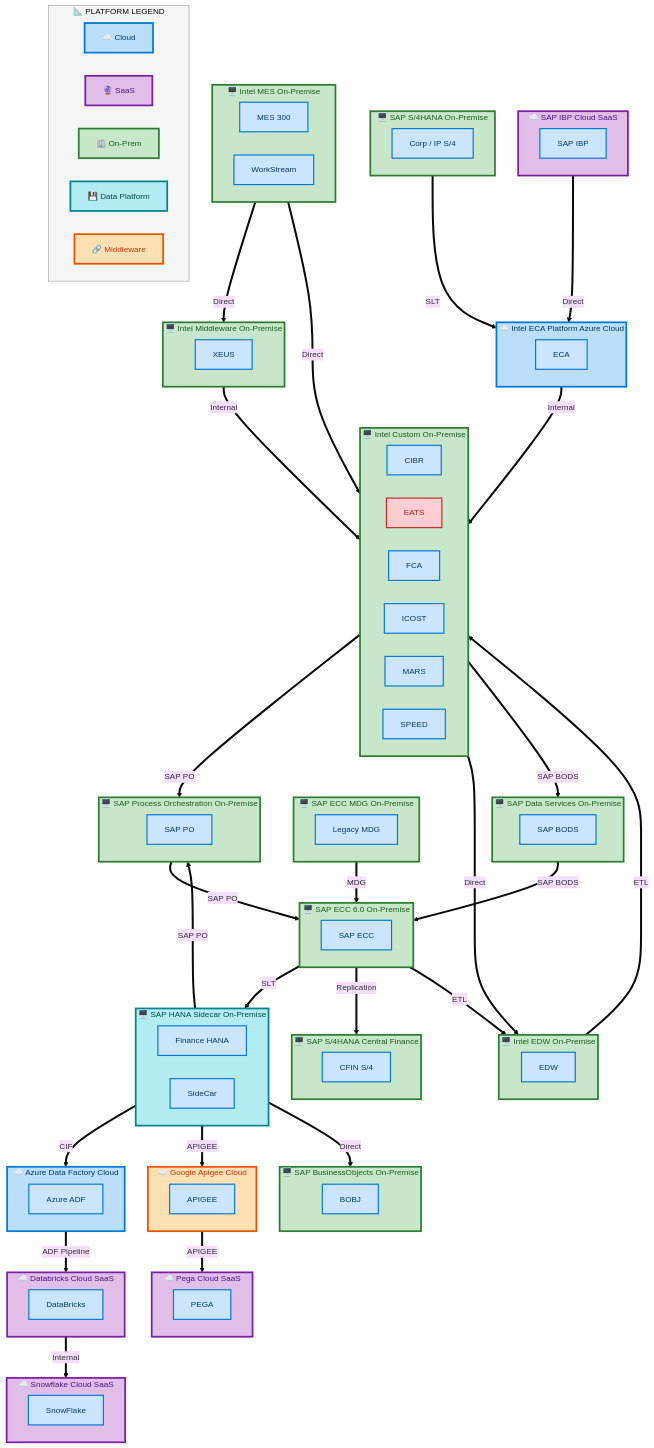
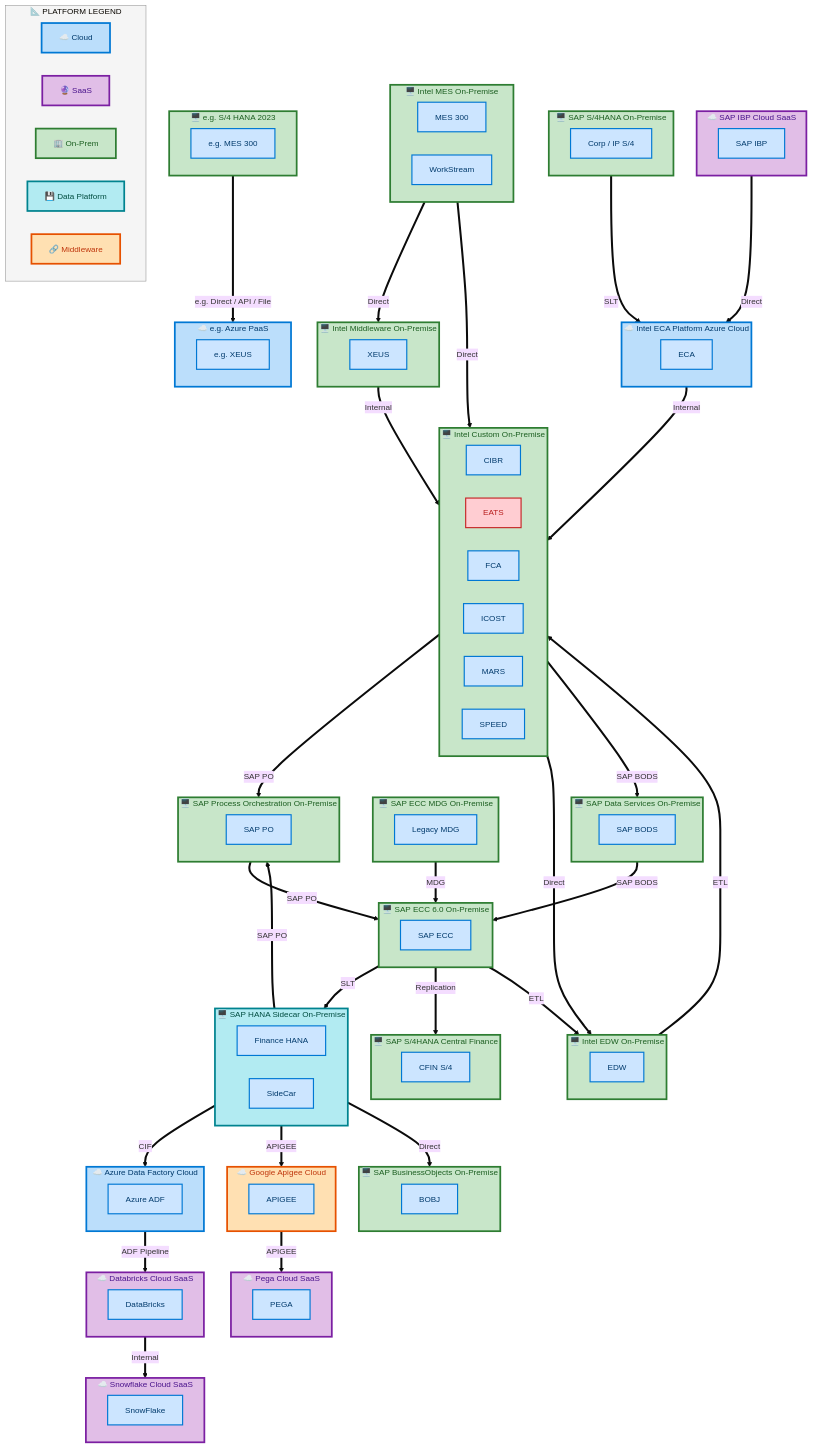
The third of 6 diagrams in towers/FPR/output/docs/summaries/L0-FPR-Summary.md (sajivfrancis777/IAO-Architecture), drawn with Mermaid before and after one commit. The commit also changed other lines of this file and 394 other files, not shown here.

First line of the commit message:
feat: structured layer ordering for Mermaid architecture diagrams

```diff
--- a/towers/FPR/output/docs/summaries/L0-FPR-Summary.md
+++ b/towers/FPR/output/docs/summaries/L0-FPR-Summary.md
@@ -541,6 +563,19 @@
     end
     style SCPP_Snowflake_Cloud_SaaS fill:#E1BEE7,stroke:#7B1FA2,stroke-width:3px,color:#4A148C
 
+    subgraph SCPP_e_g_Azure_PaaS["☁️ e.g. Azure PaaS"]
+        direction LR
+        SCPA_e_g_XEUS["e.g. XEUS"]:::appBox
+    end
+    style SCPP_e_g_Azure_PaaS fill:#BBDEFB,stroke:#0078D4,stroke-width:3px,color:#003A6C
+
+    subgraph SCPP_e_g_S_4_HANA_2023["🖥️ e.g. S/4 HANA 2023"]
+        direction LR
+        SCPA_e_g_MES_300["e.g. MES 300"]:::appBox
+    end
+    style SCPP_e_g_S_4_HANA_2023 fill:#C8E6C9,stroke:#2E7D32,stroke-width:3px,color:#1B5E20
+
+    SCPP_e_g_S_4_HANA_2023 ==>|"e.g. Direct / API / File"| SCPP_e_g_Azure_PaaS
     SCPP_Intel_MES_On_Premise ==>|"Direct"| SCPP_Intel_Middleware_On_Premise
     SCPP_Intel_Middleware_On_Premise ==>|"Internal"| SCPP_Intel_Custom_On_Premise
     SCPP_Intel_MES_On_Premise ==>|"Direct"| SCPP_Intel_Custom_On_Premise
```
